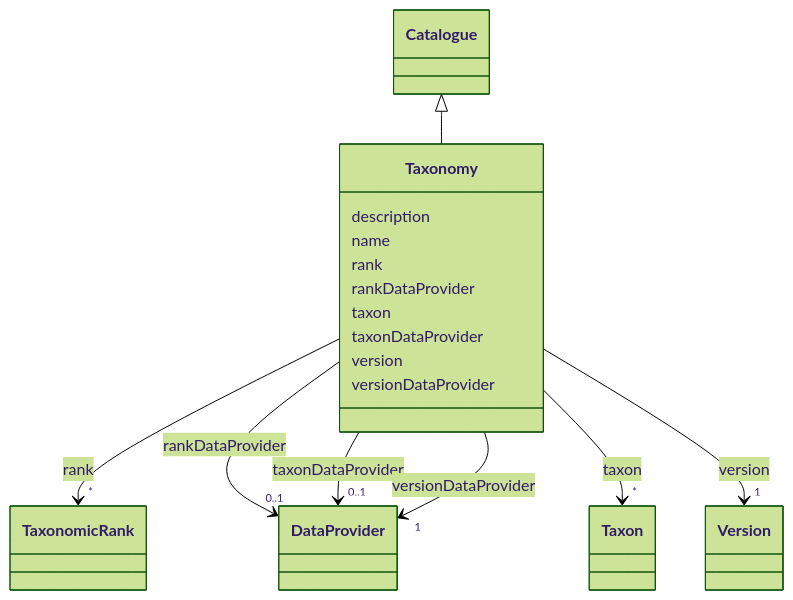
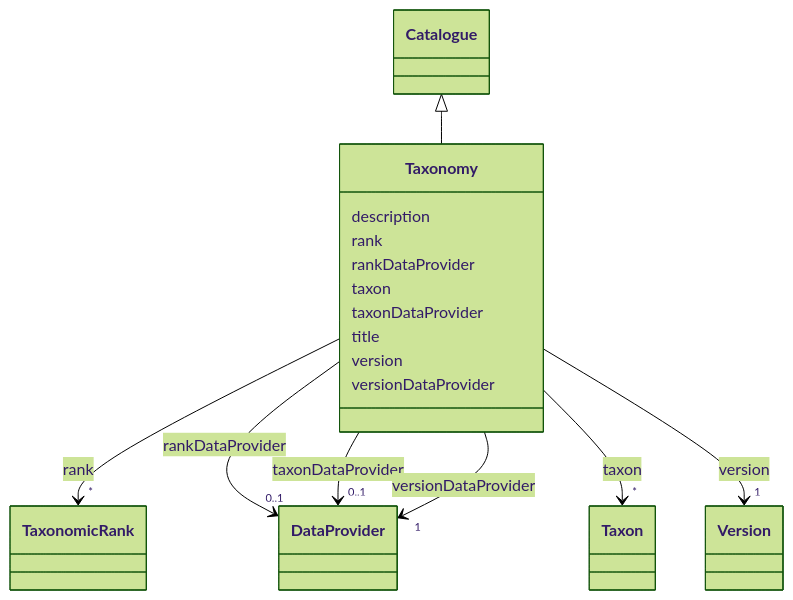
One commit to EVORA-project/evora-ontology changed the diagram in models/docs/Taxonomy.md. Above: the diagram before and after it, drawn with Mermaid (forest theme). The commit also changed other lines of this file and 435 other files, not shown here.

````diff
--- a/models/docs/Taxonomy.md
+++ b/models/docs/Taxonomy.md
@@ -19,67 +19,67 @@
 ```mermaid
  classDiagram
     class Taxonomy
     click Taxonomy href "../Taxonomy"
       Catalogue <|-- Taxonomy
         click Catalogue href "../Catalogue"
       
       Taxonomy : description
-        
-      Taxonomy : name
         
       Taxonomy : rank
         
           
     
     
     Taxonomy --> "*" TaxonomicRank : rank
     click TaxonomicRank href "../TaxonomicRank"
 
         
       Taxonomy : rankDataProvider
         
           
     
     
     Taxonomy --> "0..1" DataProvider : rankDataProvider
     click DataProvider href "../DataProvider"
 
         
       Taxonomy : taxon
         
           
     
     
     Taxonomy --> "*" Taxon : taxon
     click Taxon href "../Taxon"
 
         
       Taxonomy : taxonDataProvider
         
           
     
     
     Taxonomy --> "0..1" DataProvider : taxonDataProvider
     click DataProvider href "../DataProvider"
 
         
+      Taxonomy : title
+        
       Taxonomy : version
         
           
     
     
     Taxonomy --> "1" Version : version
     click Version href "../Version"
 
         
       Taxonomy : versionDataProvider
         
           
     
     
     Taxonomy --> "1" DataProvider : versionDataProvider
     click DataProvider href "../DataProvider"
 
         
       
 ```
````
